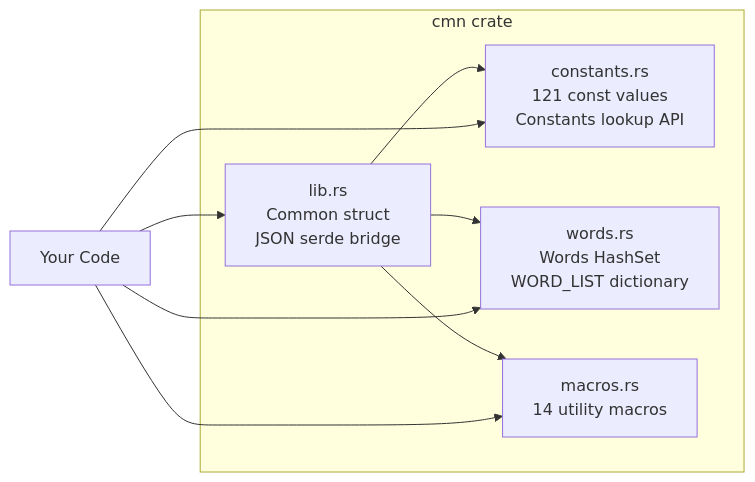
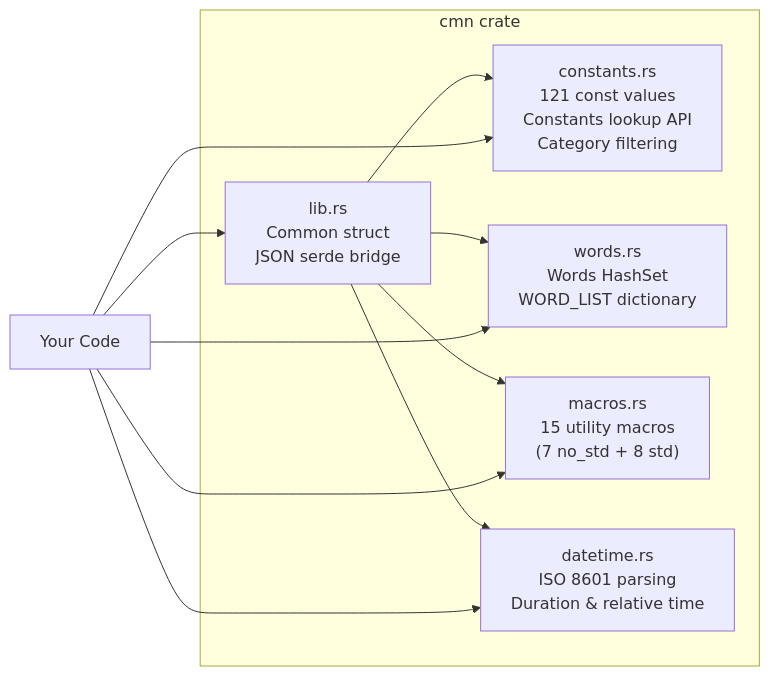
One commit to sebastienrousseau/cmn changed the diagram in README.md. Above: the diagram before and after it, drawn with Mermaid. The commit also changed other lines of this file, not shown here.

````diff
--- a/README.md
+++ b/README.md
@@ -232,18 +361,21 @@
 ```mermaid
 graph LR
     subgraph "cmn crate"
-        B["constants.rs<br/>121 const values<br/>Constants lookup API"]
+        B["constants.rs<br/>121 const values<br/>Constants lookup API<br/>Category filtering"]
         C["words.rs<br/>Words HashSet<br/>WORD_LIST dictionary"]
-        D["macros.rs<br/>14 utility macros"]
+        D["macros.rs<br/>15 utility macros<br/>(7 no_std + 8 std)"]
+        E["datetime.rs<br/>ISO 8601 parsing<br/>Duration & relative time"]
         A["lib.rs<br/>Common struct<br/>JSON serde bridge"]
     end
 
     A --> B
     A --> C
     A --> D
+    A --> E
 
     U["Your Code"] --> B
     U --> C
     U --> D
+    U --> E
     U --> A
 ```
````
